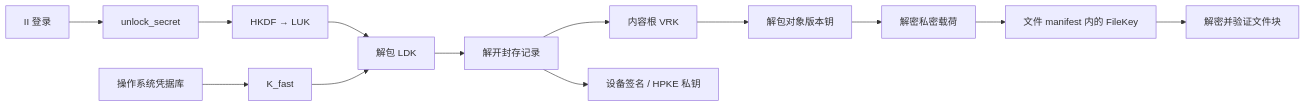
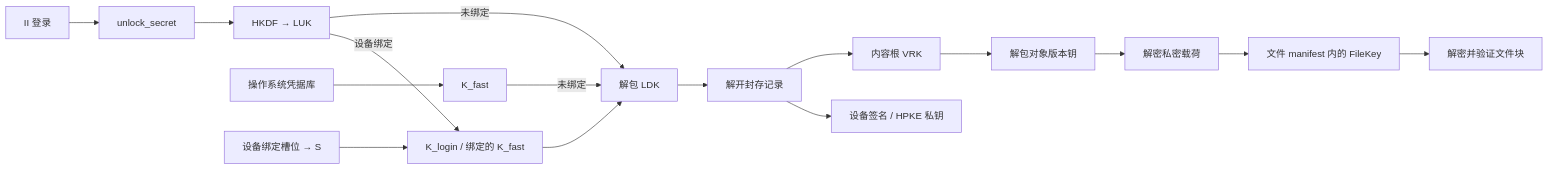
The diagram in docs/dmsg_encryption_zh.md (ldclabs/ic-panda), drawn with Mermaid before and after one commit. The commit also changed other lines of this file and 1 other file, not shown here.

````diff
--- a/docs/dmsg_encryption_zh.md
+++ b/docs/dmsg_encryption_zh.md
@@ -71,15 +75,18 @@
 ```mermaid
 flowchart LR
   II[II 登录] --> S[unlock_secret]
   S --> L[HKDF → LUK]
   OS[操作系统凭据库] --> KP[K_fast]
-  L --> D[解包 LDK]
-  KP --> D
+  SE[设备绑定槽位 → S] --> KB[K_login / 绑定的 K_fast]
+  L -->|未绑定| D[解包 LDK]
+  L -->|设备绑定| KB
+  KP -->|未绑定| D
+  KB --> D
   D --> B[解开封存记录]
   B --> R[内容根 VRK]
   B --> K[设备签名 / HPKE 私钥]
   R --> V[解包对象版本钥]
   V --> C[解密私密载荷]
   C --> F[文件 manifest 内的 FileKey]
   F --> X[解密并验证文件块]
 ```
````
